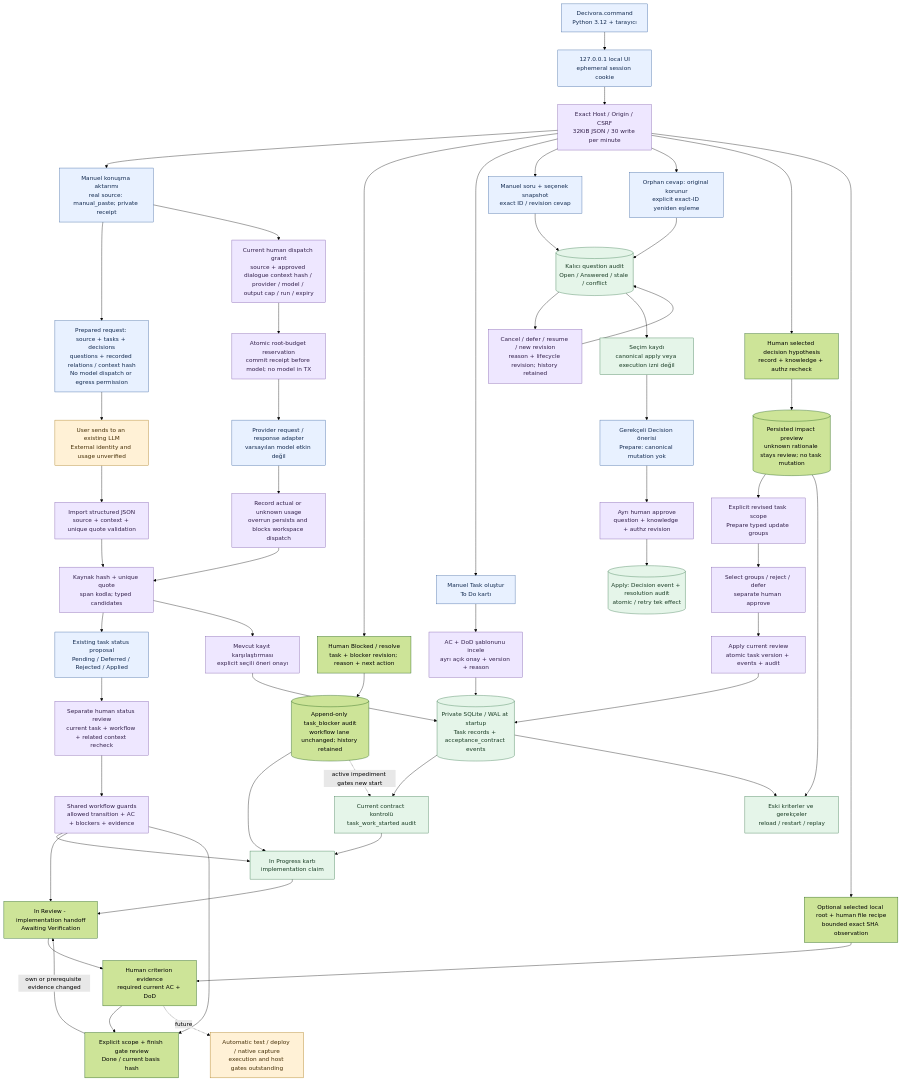
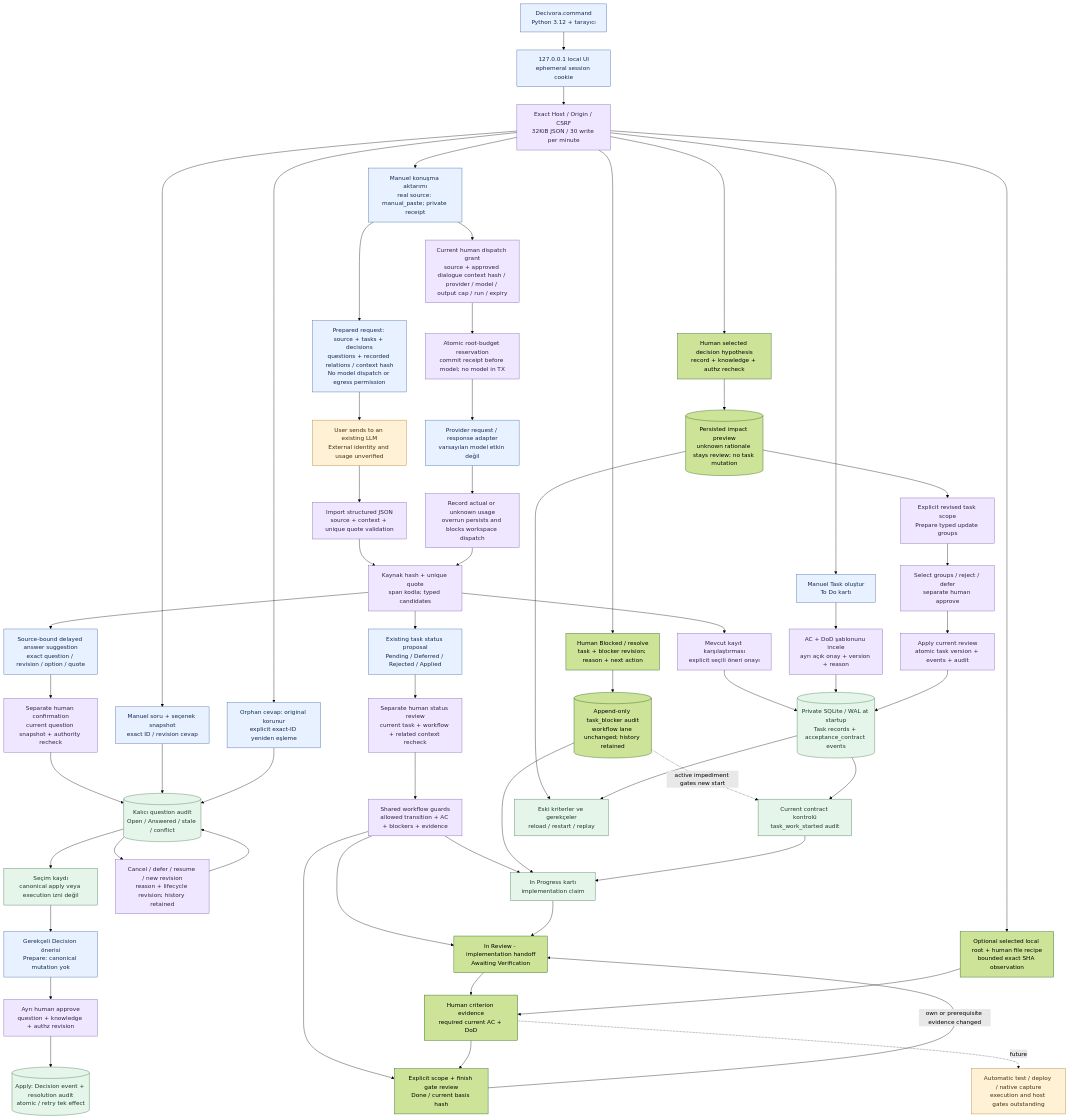
The diagram in docs/architecture/local-preview.md (alphanAkbulut/decivora), drawn with Mermaid (forest theme) before and after one commit. The commit also changed other lines of this file and 19 other files, not shown here.

Commit message:
Connect source-bound delayed answer proposals to human question review

````diff
--- a/docs/architecture/local-preview.md
+++ b/docs/architecture/local-preview.md
@@ -5,70 +5,73 @@
 ```mermaid
 flowchart TB
     accTitle: Çalışan yerel program, onaylı AC ve kalıcı kayıt
     accDescr: Launcher yalnız loopback server açar. Ephemeral yerel session ve CSRF kontrolü gerekir. Manuel görev ve AC kalıcı SQLite'a yazılır. In Progress çalışma beyanıdır, Done yalnız güncel yerel human-review kriterleri ve finish gates geçince üretilir; automatic verifier açık kalır.
     L["Decivora.command<br/>Python 3.12 + tarayıcı"] --> S["127.0.0.1 local UI<br/>ephemeral session cookie"]
     S --> G["Exact Host / Origin / CSRF<br/>32KiB JSON / 30 write per minute"]
     G --> I0["Manuel konuşma aktarımı<br/>real source: manual_paste; private receipt"]
     I0 --> DQ["Prepared request: source + tasks + decisions<br/>questions + recorded relations / context hash<br/>No model dispatch or egress permission"]
     DQ --> EX["User sends to an existing LLM<br/>External identity and usage unverified"]
     EX --> DI["Import structured JSON<br/>source + context + unique quote validation"]
     DI --> K0
     I0 --> MG["Current human dispatch grant<br/>source + approved dialogue context hash / provider / model / output cap / run / expiry"]
     MG --> BR["Atomic root-budget reservation<br/>commit receipt before model; no model in TX"]
     BR --> M0["Provider request / response adapter<br/>varsayılan model etkin değil"]
     M0 --> US["Record actual or unknown usage<br/>overrun persists and blocks workspace dispatch"]
     US --> K0["Kaynak hash + unique quote<br/>span kodla; typed candidates"]
+    K0 --> AP["Source-bound delayed answer suggestion<br/>exact question / revision / option / quote"]
+    AP --> AH["Separate human confirmation<br/>current question snapshot + authority recheck"]
+    AH --> R
     K0 --> SP["Existing task status proposal<br/>Pending / Deferred / Rejected / Applied"]
     SP --> SG["Separate human status review<br/>current task + workflow + related context recheck"]
     SG --> WG["Shared workflow guards<br/>allowed transition + AC + blockers + evidence"]
     WG --> B
     WG --> IR
     WG --> CD
     K0 --> E0["Mevcut kayıt karşılaştırması<br/>explicit seçili öneri onayı"]
     E0 --> D
     G --> F0["Human Blocked / resolve<br/>task + blocker revision; reason + next action"]
     F0 --> F1[("Append-only task_blocker audit<br/>workflow lane unchanged; history retained")]
     F1 --> B
     F1 -. active impediment gates new start .-> W
     G --> T["Manuel Task oluştur<br/>To Do kartı"]
     G --> Q["Manuel soru + seçenek snapshot<br/>exact ID / revision cevap"]
     Q --> R[("Kalıcı question audit<br/>Open / Answered / stale / conflict")]
     R --> Z["Cancel / defer / resume / new revision<br/>reason + lifecycle revision; history retained"]
     Z --> R
     G --> U["Orphan cevap: original korunur<br/>explicit exact-ID yeniden eşleme"]
     U --> R
     R --> N["Seçim kaydı<br/>canonical apply veya execution izni değil"]
     N --> P["Gerekçeli Decision önerisi<br/>Prepare: canonical mutation yok"]
     P --> O["Ayrı human approve<br/>question + knowledge + authz revision"]
     O --> C[("Apply: Decision event + resolution audit<br/>atomic / retry tek effect")]
     T --> A["AC + DoD şablonunu incele<br/>ayrı açık onay + version + reason"]
     A --> D[("Private SQLite / WAL at startup<br/>Task records + acceptance_contract events")]
     G --> IP["Human selected decision hypothesis<br/>record + knowledge + authz recheck"]
     IP --> IX[("Persisted impact preview<br/>unknown rationale stays review; no task mutation")]
     IX --> IE["Explicit revised task scope<br/>Prepare typed update groups"]
     IE --> IS["Select groups / reject / defer<br/>separate human approve"]
     IS --> IA["Apply current review<br/>atomic task version + events + audit"]
     IA --> D
     IX --> H
     D --> W["Current contract kontrolü<br/>task_work_started audit"]
     W --> B["In Progress kartı<br/>implementation claim"]
     D --> H["Eski kriterler ve gerekçeler<br/>reload / restart / replay"]
     B --> IR["In Review - implementation handoff<br/>Awaiting Verification"]
     IR --> HV["Human criterion evidence<br/>required current AC + DoD"]
     HV --> CD["Explicit scope + finish gate review<br/>Done / current basis hash"]
     CD -->|own or prerequisite evidence changed| IR
     G --> VF["Optional selected local root + human file recipe<br/>bounded exact SHA observation"]
     VF --> HV
     HV -. future .-> V["Automatic test / deploy / native capture<br/>execution and host gates outstanding"]
     classDef launcher fill:#e8f1ff,stroke:#315c9b,color:#132b50;
     classDef guard fill:#eee7ff,stroke:#7853a7,color:#33204b;
     classDef stored fill:#e5f5e9,stroke:#327347,color:#193c24;
     classDef pending fill:#fff1d6,stroke:#a47511,color:#463008;
     class L,S,T launcher;
-    class G,A,O,Z,K0,E0,MG,BR,US,DI,SG,WG,IE,IS,IA guard;
+    class G,A,O,Z,K0,E0,MG,BR,US,DI,SG,WG,IE,IS,IA,AH guard;
     class D,W,B,H,R,N stored;
-    class Q,P,U,I0,M0,DQ,SP launcher;
+    class Q,P,U,I0,M0,DQ,SP,AP launcher;
     class EX pending;
     class C stored;
     class V pending;
 ```
````
